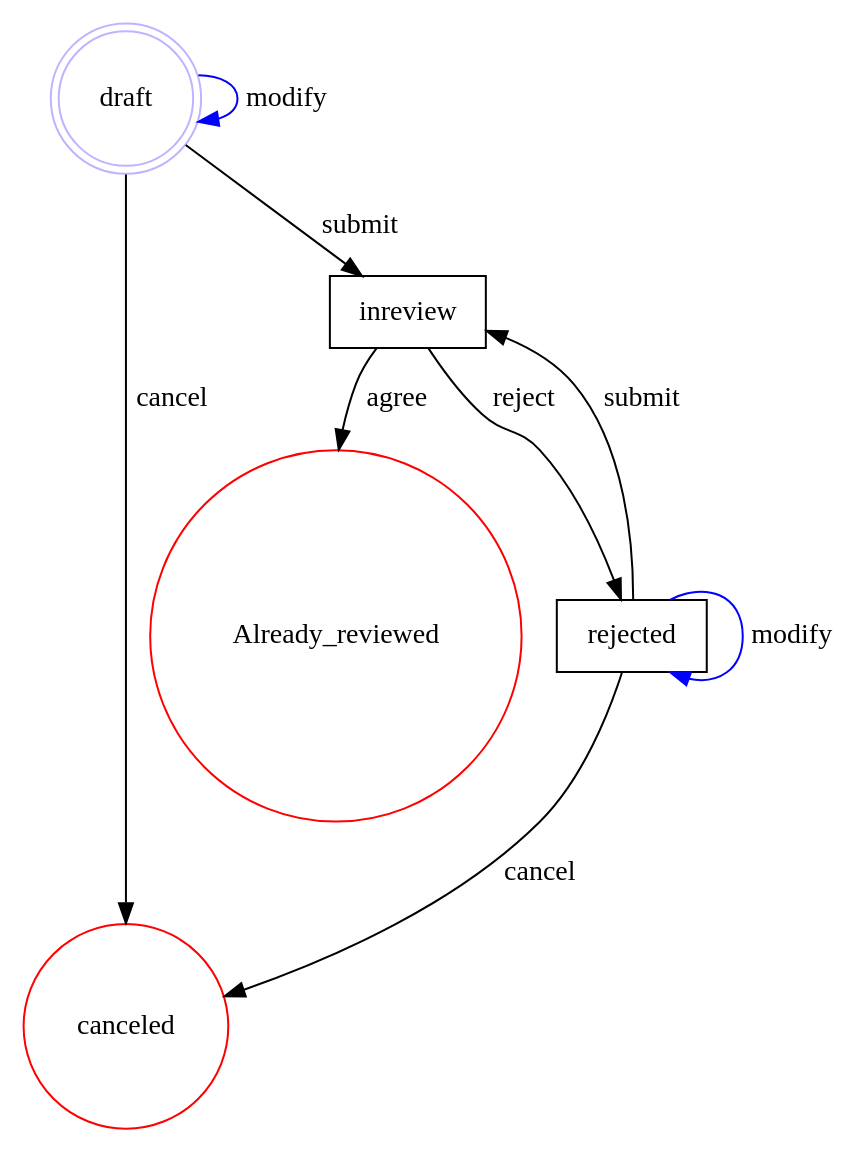
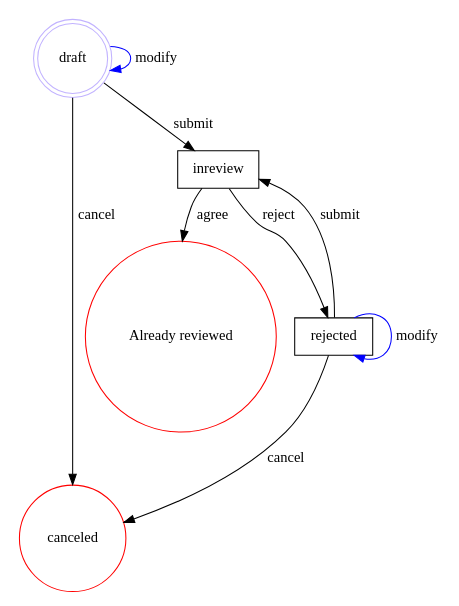
One commit to clszzyh/flexflow changed the diagram in README.md. Above: the diagram before and after it, drawn with Graphviz. The commit also changed other lines of this file and 2 other files, not shown here.

````diff
--- a/README.md
+++ b/README.md
@@ -91,20 +91,20 @@
 ```dot
 // custom_mark10
 digraph review {
-  aize = "4,4";
-  draft [label=draft,shape=doublecircle,color=".7 .3 1.0"];
-  canceled [label=canceled,shape=circle,color=red];
-  Already_reviewed [label=Already_reviewed,shape=circle,color=red];
-  inreview [label=inreview,shape=box];
-  rejected [label=rejected,shape=box];
-  draft -> inreview [label=submit];
-  draft -> draft [label=modify,color=blue];
-  draft -> canceled [label=cancel];
-  rejected -> inreview [label=submit];
-  rejected -> rejected [label=modify,color=blue];
-  rejected -> canceled [label=cancel];
-  inreview -> rejected [label=reject];
-  inreview -> Already_reviewed [label=agree];
+  size ="4,4";
+  draft [label="draft",shape=doublecircle,color=".7 .3 1.0"];
+  canceled [label="canceled",shape=circle,color=red];
+  Already_reviewed [label="Already reviewed",shape=circle,color=red];
+  inreview [label="inreview",shape=box];
+  rejected [label="rejected",shape=box];
+  draft -> inreview [label="submit"];
+  draft -> draft [label="modify",color=blue];
+  draft -> canceled [label="cancel"];
+  rejected -> inreview [label="submit"];
+  rejected -> rejected [label="modify",color=blue];
+  rejected -> canceled [label="cancel"];
+  inreview -> rejected [label="reject"];
+  inreview -> Already_reviewed [label="agree"];
 }
 // custom_mark10
 ```
````
